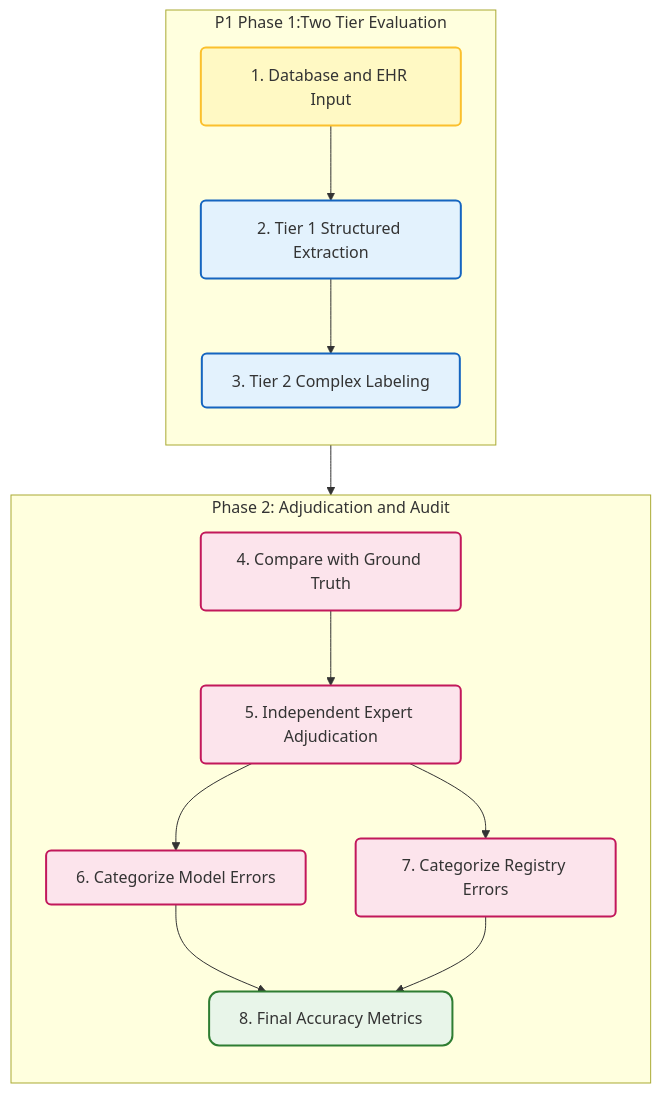
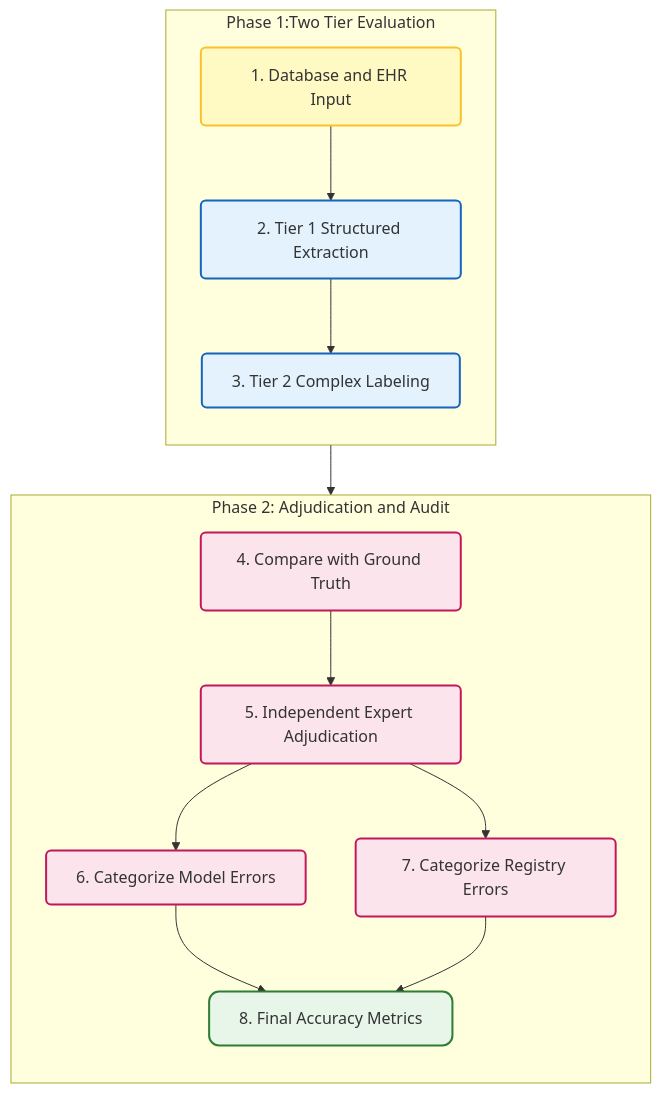
One commit to hhtrocket/HHT-Benchmark-dataset changed the third of 6 diagrams in Literature Review/brief report 3.md. Above: the diagram before and after it, drawn with Mermaid.

Commit message:
Update brief report 3.md

````diff
--- a/Literature Review/brief report 3.md
+++ b/Literature Review/brief report 3.md
@@ -136,33 +136,33 @@
 ```mermaid
 graph TD
     classDef phase1 fill:#e3f2fd,stroke:#1565c0,stroke-width:2px,rx:5,ry:5;
     classDef phase2 fill:#fce4ec,stroke:#c2185b,stroke-width:2px,rx:5,ry:5;
     classDef input fill:#fff9c4,stroke:#fbc02d,stroke-width:2px,rx:5,ry:5;
     classDef report fill:#e8f5e9,stroke:#2e7d32,stroke-width:2px,rx:10,ry:10;
 
-    subgraph P1 Phase 1:Two Tier Evaluation
+    subgraph  Phase 1:Two Tier Evaluation
         direction TB
         N1["1. Database and EHR Input"]:::input
         N2["2. Tier 1 Structured Extraction"]:::phase1
         N3["3. Tier 2 Complex Labeling"]:::phase1
         
         N1 --> N2
         N2 --> N3
     end
 
-    subgraph P2 ["Phase 2: Adjudication and Audit"]
+    subgraph Phase 2: Adjudication and Audit
         direction TB
         N4["4. Compare with Ground Truth"]:::phase2
         N5["5. Independent Expert Adjudication"]:::phase2
         N6["6. Categorize Model Errors"]:::phase2
         N7["7. Categorize Registry Errors"]:::phase2
         N8["8. Final Accuracy Metrics"]:::report
         
         N4 --> N5
         N5 --> N6
         N5 --> N7
         N6 & N7 --> N8
     end
 
     N3 --> N4
 ```
````
